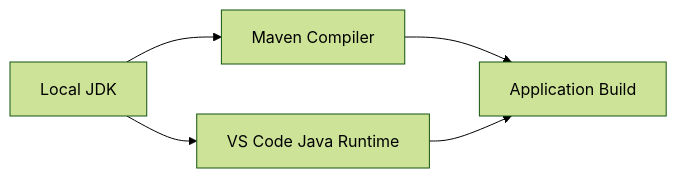
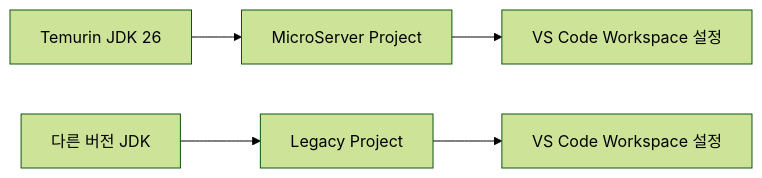
The first of 3 diagrams in docs/01_project_start/02_environment/java/jdk_setup.md (Team-Microserver/microserver-docs), drawn with Mermaid (forest theme) before and after one commit. The commit also changed other lines of this file and 9 other files, not shown here.

````diff
--- a/docs/01_project_start/02_environment/java/jdk_setup.md
+++ b/docs/01_project_start/02_environment/java/jdk_setup.md
@@ -38,7 +41,8 @@
 ```mermaid
 flowchart LR
-    JDK[Local JDK] --> MVN[Maven Compiler]
-    JDK --> IDE[VS Code Java Runtime]
-    MVN --> APP[Application Build]
-    IDE --> APP
+    JDK1[Temurin JDK 26] --> P1[MicroServer Project]
+    JDK2[다른 버전 JDK] --> P2[Legacy Project]
+
+    P1 --> V1[VS Code Workspace 설정]
+    P2 --> V2[VS Code Workspace 설정]
 ```
````
